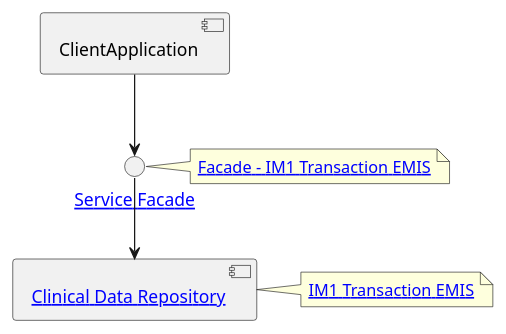
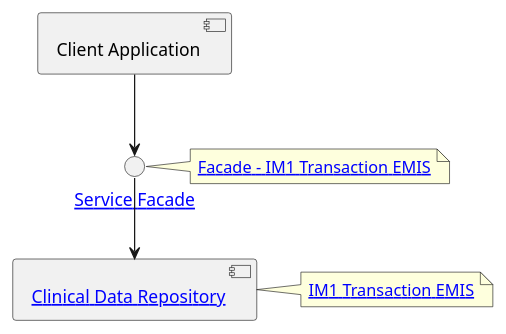
The diagram in input/images-source/component-im1-transaction-emis.plantuml (KevinMayfield/VirtuallyHealthcare), drawn with PlantUML before and after one commit. The commit also changed 11 other files, not shown here.

```diff
--- a/input/images-source/component-im1-transaction-emis.plantuml
+++ b/input/images-source/component-im1-transaction-emis.plantuml
@@ -1,19 +1,19 @@
 @startuml
 
-component ClientApplication
+component ClientApplication as "Client Application"
 
 interface facade as "[[ActorDefinition-ServiceFacade.html Service Facade]]"
 note right
 [[CapabilityStatement-IM1TransactionEMISFacade.html Facade - IM1 Transaction EMIS]]
 end note
 
 component "[[ActorDefinition-ClinicalDataRepository.html Clinical Data Repository]]" as CDR
 note right
 [[https://digital.nhs.uk/services/gp-it-futures-systems/im1-pairing-integration/interface-mechanisms-guidance#transaction IM1 Transaction EMIS]]
 end note
 
 ClientApplication -d-> facade
 
 facade -d-> CDR
 
 @enduml
```
